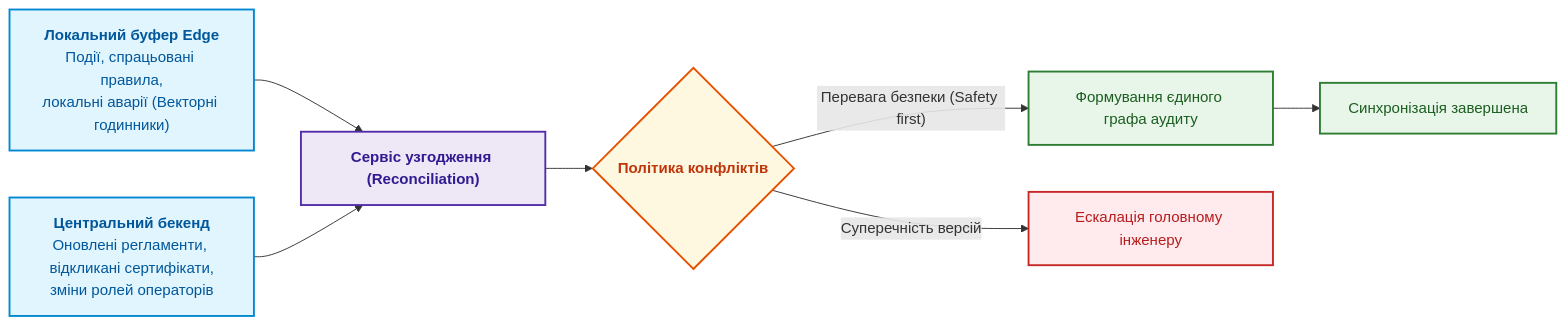
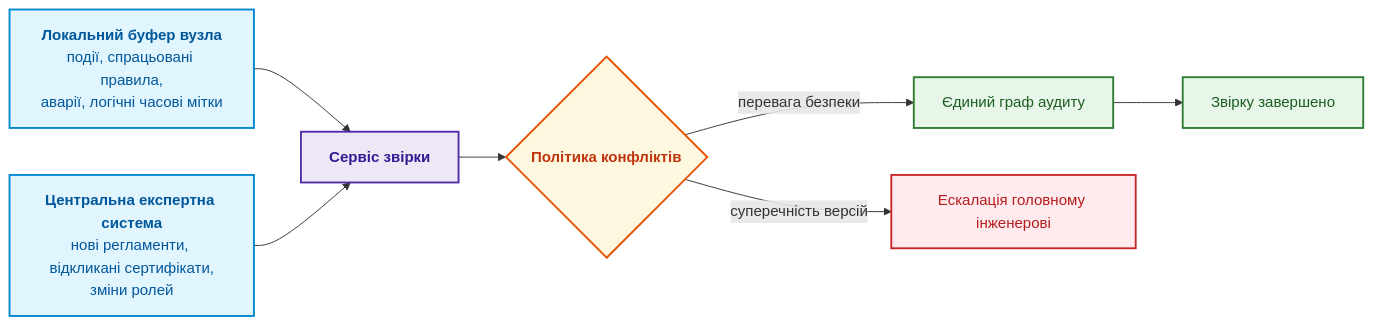
Before and after one commit to nick-fedchik/articles: the fifth of 5 diagrams in ExpertSystem/ch22-cybernetics-edge-to-backend.md, drawn with Mermaid. The commit also changed other lines of this file and 7 other files, not shown here.

````diff
--- a/ExpertSystem/ch22-cybernetics-edge-to-backend.md
+++ b/ExpertSystem/ch22-cybernetics-edge-to-backend.md
@@ -337,26 +368,25 @@
 ```mermaid
 flowchart LR
-    accTitle: Протокол узгодження станів при відновленні зв'язку
-    accDescr: Злиття локального буфера дій та центрального репозиторію через векторні годинники та політику вирішення конфліктів.
+    accTitle: Звірка станів після відновлення зв'язку
+    accDescr: Локальний буфер периферійного вузла й зміни центральної експертної системи надходять до сервісу звірки, політика конфліктів надає перевагу безпеці, а суперечності версій ескалюються інженерові.
 
-    EDGE_BUF["<b>Локальний буфер Edge</b><br/>Події, спрацьовані правила,<br/>локальні аварії (Векторні годинники)"] --> REC["<b>Сервіс узгодження (Reconciliation)</b>"]
-    CENTRAL_KB["<b>Центральний бекенд</b><br/>Оновлені регламенти, відкликані сертифікати,<br/>зміни ролей операторів"] --> REC
+    EDGE_BUF["<b>Локальний буфер вузла</b><br/>події, спрацьовані правила,<br/>аварії, логічні часові мітки"] --> REC["<b>Сервіс звірки</b>"]
+    CENTRAL_KB["<b>Центральна експертна система</b><br/>нові регламенти, відкликані сертифікати,<br/>зміни ролей"] --> REC
 
     REC --> POL{"<b>Політика конфліктів</b>"}
-    POL -->|"Перевага безпеки (Safety first)"| MERGE["Формування єдиного графа аудиту"]
-    POL -->|Суперечність версій| ESC["Ескалація головному інженеру"]
-
-    MERGE --> OUT_ACK["Синхронізація завершена"]
+    POL -->|"перевага безпеки"| MERGE["Єдиний граф аудиту"]
+    POL -->|"суперечність версій"| ESC["Ескалація головному інженерові"]
+    MERGE --> OUT_ACK["Звірку завершено"]
 
     classDef src fill:#e1f5fe,stroke:#0288d1,stroke-width:2px,color:#01579b;
     classDef proc fill:#ede7f6,stroke:#512da8,stroke-width:2px,color:#311b92;
     classDef gate fill:#fff8e1,stroke:#e65100,stroke-width:2px,color:#bf360c;
     classDef ok fill:#e8f5e9,stroke:#2e7d32,stroke-width:2px,color:#1b5e20;
     classDef err fill:#ffebee,stroke:#c62828,stroke-width:2px,color:#b71c1c;
 
     class EDGE_BUF,CENTRAL_KB src;
     class REC proc;
     class POL gate;
     class MERGE,OUT_ACK ok;
     class ESC err;
 ```
````
